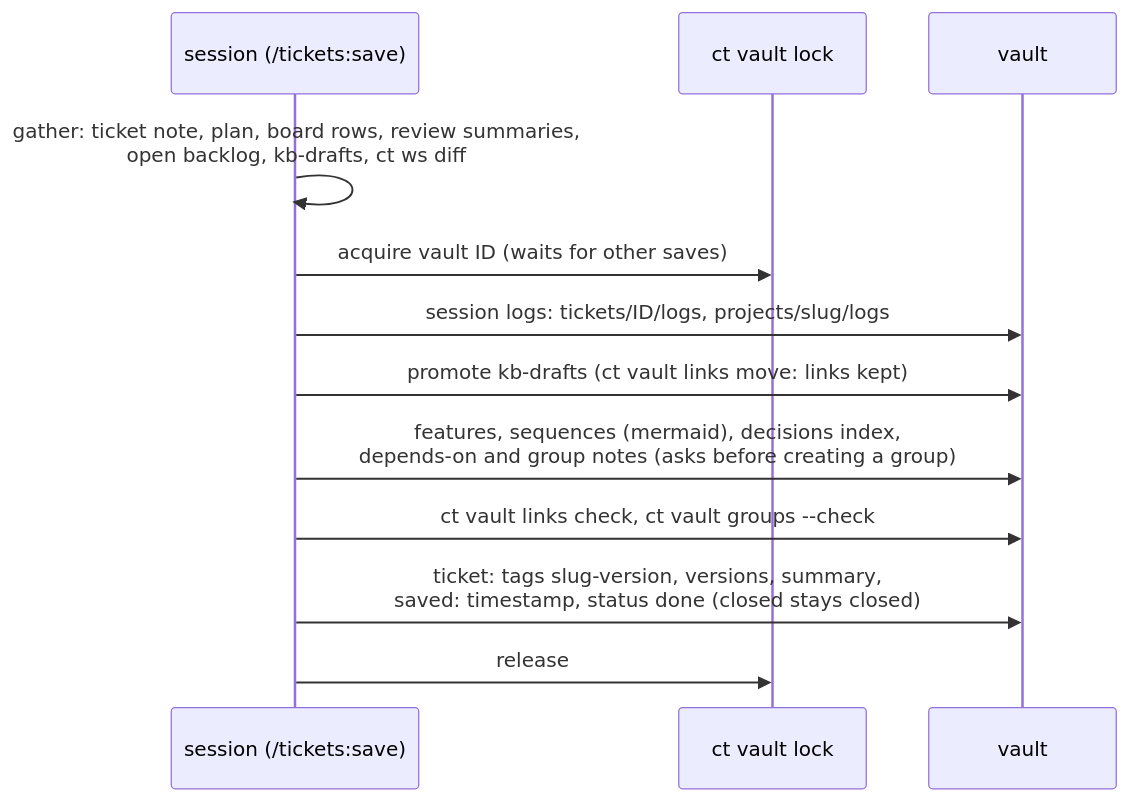
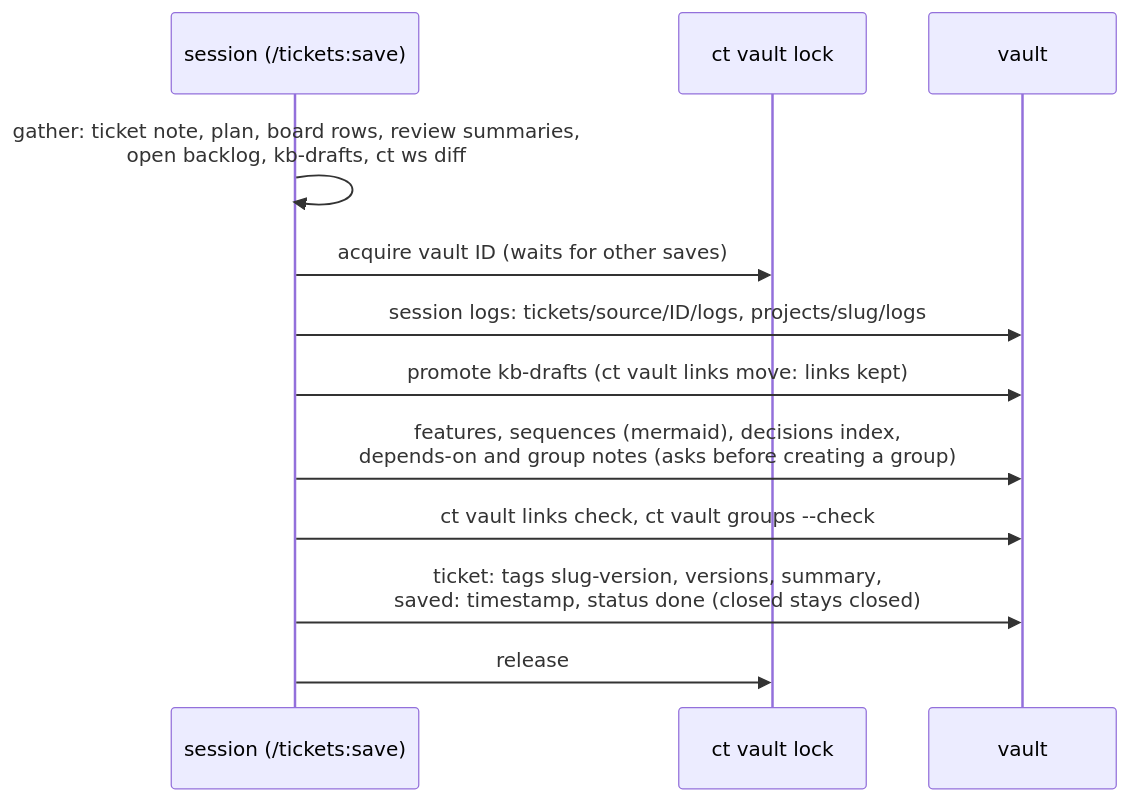
The fourth of 7 diagrams in README.md (zero4573/claude-tickets), drawn with Mermaid before and after one commit. The commit also changed other lines of this file and 126 other files, not shown here.

````diff
--- a/README.md
+++ b/README.md
@@ -527,14 +548,14 @@
 ```mermaid
 sequenceDiagram
   participant S as session (/tickets:save)
   participant L as ct vault lock
   participant V as vault
   S->>S: gather: ticket note, plan, board rows, review summaries,<br/>open backlog, kb-drafts, ct ws diff
   S->>L: acquire vault ID (waits for other saves)
-  S->>V: session logs: tickets/ID/logs, projects/slug/logs
+  S->>V: session logs: tickets/source/ID/logs, projects/slug/logs
   S->>V: promote kb-drafts (ct vault links move: links kept)
   S->>V: features, sequences (mermaid), decisions index,<br/>depends-on and group notes (asks before creating a group)
   S->>V: ct vault links check, ct vault groups --check
   S->>V: ticket: tags slug-version, versions, summary,<br/>saved: timestamp, status done (closed stays closed)
   S->>L: release
 ```
````
